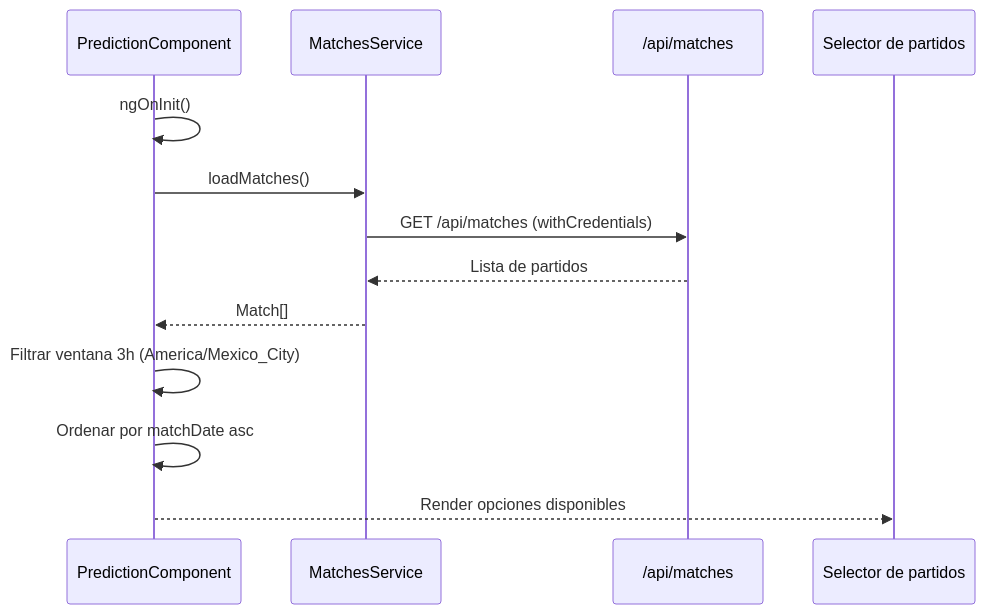
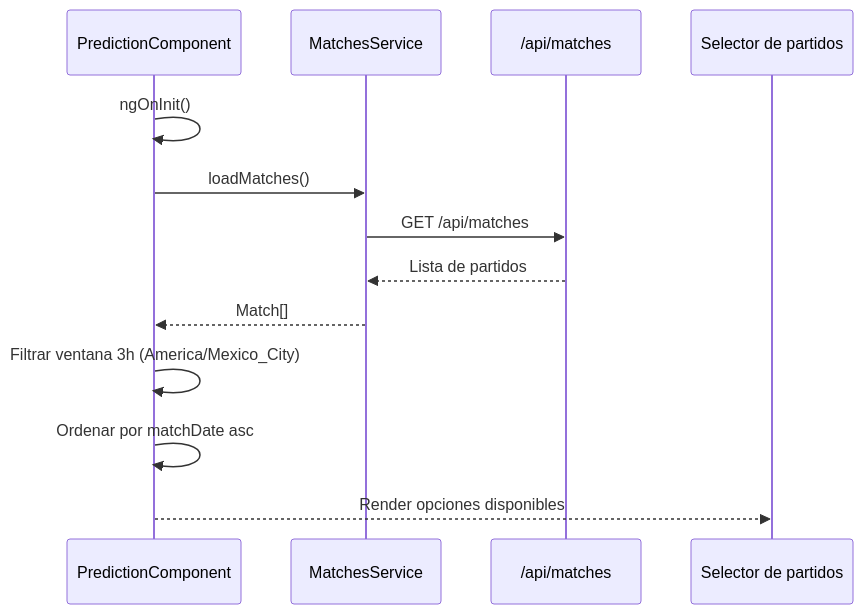
The fourth of 9 diagrams in fifa-world-cup-predictor/ARCHITECTURAL_ANALYSIS.md (augmentdevon-febe/frontend), drawn with Mermaid before and after one commit. The commit also changed other lines of this file and 22 other files, not shown here.

````diff
--- a/fifa-world-cup-predictor/ARCHITECTURAL_ANALYSIS.md
+++ b/fifa-world-cup-predictor/ARCHITECTURAL_ANALYSIS.md
@@ -194,16 +206,16 @@
 ```mermaid
 sequenceDiagram
 	participant Pred as PredictionComponent
 	participant Matches as MatchesService
 	participant Backend as /api/matches
 	participant UI as Selector de partidos
 
 	Pred->>Pred: ngOnInit()
 	Pred->>Matches: loadMatches()
-	Matches->>Backend: GET /api/matches (withCredentials)
+	Matches->>Backend: GET /api/matches
 	Backend-->>Matches: Lista de partidos
 	Matches-->>Pred: Match[]
 	Pred->>Pred: Filtrar ventana 3h (America/Mexico_City)
 	Pred->>Pred: Ordenar por matchDate asc
 	Pred-->>UI: Render opciones disponibles
 ```
````
